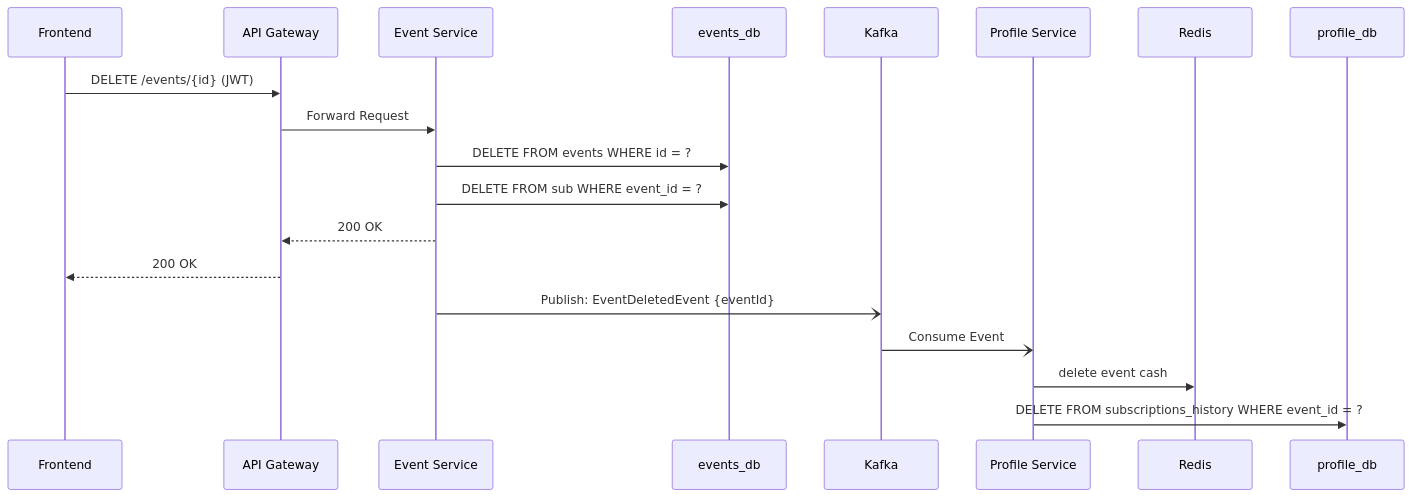
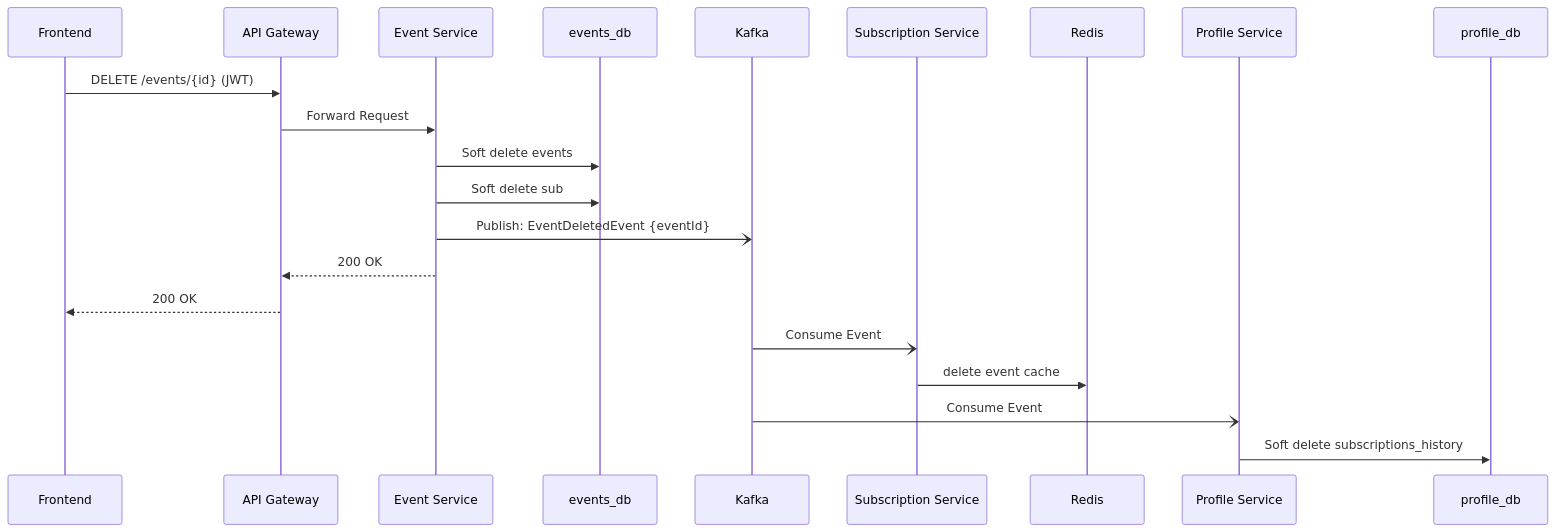
The sixth of 6 diagrams in README.md (NewRecon/sport-point-api), drawn with Mermaid before and after one commit. The commit also changed other lines of this file and 25 other files, not shown here.

````diff
--- a/README.md
+++ b/README.md
@@ -257,22 +262,24 @@
 ```mermaid
 sequenceDiagram
     participant C as Frontend
     participant GW as API Gateway
     participant ES as Event Service
     participant DB1 as events_db
     participant K as Kafka
+    participant SS as Subscription Service
+    participant R as Redis
     participant PS as Profile Service
-    participant R as Redis
     participant DB2 as profile_db
 
     C->>GW: DELETE /events/{id} (JWT)
     GW->>ES: Forward Request
-    ES->>DB1: DELETE FROM events WHERE id = ?
-    ES->>DB1: DELETE FROM sub WHERE event_id = ?
+    ES->>DB1: Soft delete events
+    ES->>DB1: Soft delete sub
+    ES-)K: Publish: EventDeletedEvent {eventId}
     ES-->>GW: 200 OK
     GW-->>C: 200 OK
-    ES-)K: Publish: EventDeletedEvent {eventId}
+    K-)SS: Consume Event
+    SS->>R: delete event cache
     K-)PS: Consume Event
-    PS->>R: delete event cash
-    PS->>DB2: DELETE FROM subscriptions_history WHERE event_id = ?
+    PS->>DB2: Soft delete subscriptions_history
 ```
````
